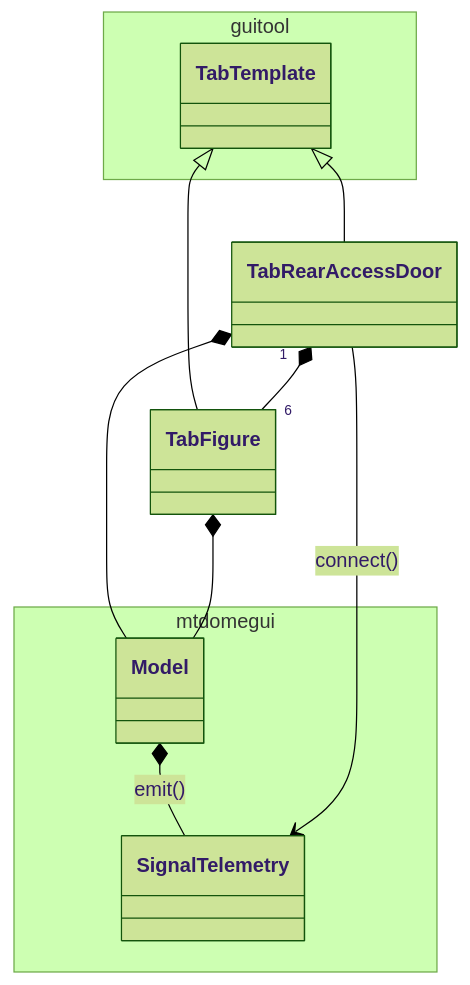
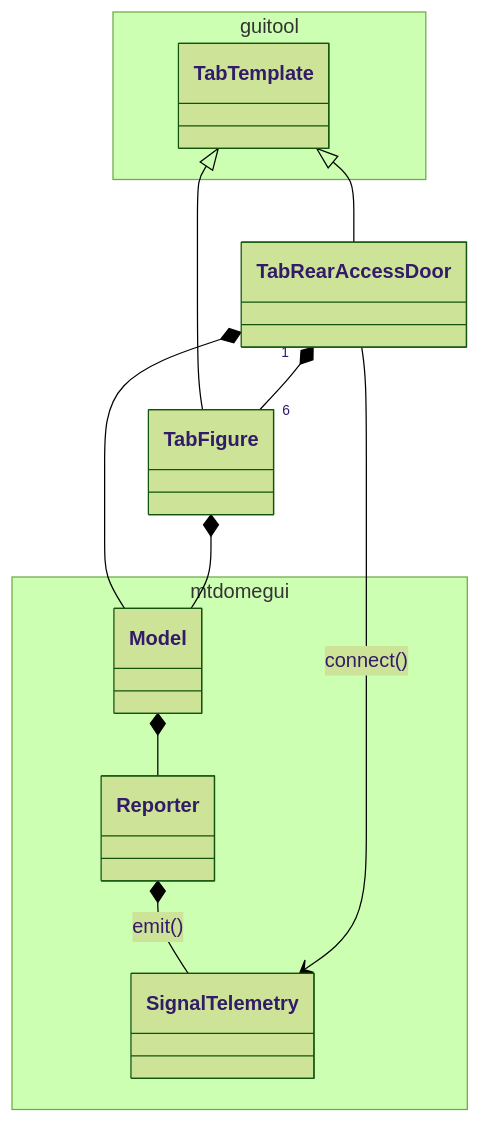
The diagram in doc/uml/tab/class_tab_rear_access_door.mmd (lsst-ts/ts_mtdomegui), drawn with Mermaid (forest theme) before and after one commit. The commit also changed 10 other files, not shown here.

```diff
--- a/doc/uml/tab/class_tab_rear_access_door.mmd
+++ b/doc/uml/tab/class_tab_rear_access_door.mmd
@@ -1,21 +1,24 @@
 classDiagram
 
 namespace guitool {
   class TabTemplate
 }
 
 namespace mtdomegui {
   class Model
+  class Reporter
   class SignalTelemetry
 }
 
-Model *-- SignalTelemetry : emit()
+Model *-- Reporter
+
+Reporter *-- SignalTelemetry : emit()
 
 TabTemplate <|-- TabRearAccessDoor
 TabTemplate <|-- TabFigure
 
 TabRearAccessDoor *-- Model
 TabRearAccessDoor "1" *-- "6" TabFigure
 TabRearAccessDoor --> SignalTelemetry : connect()
 
 TabFigure *-- Model
```
